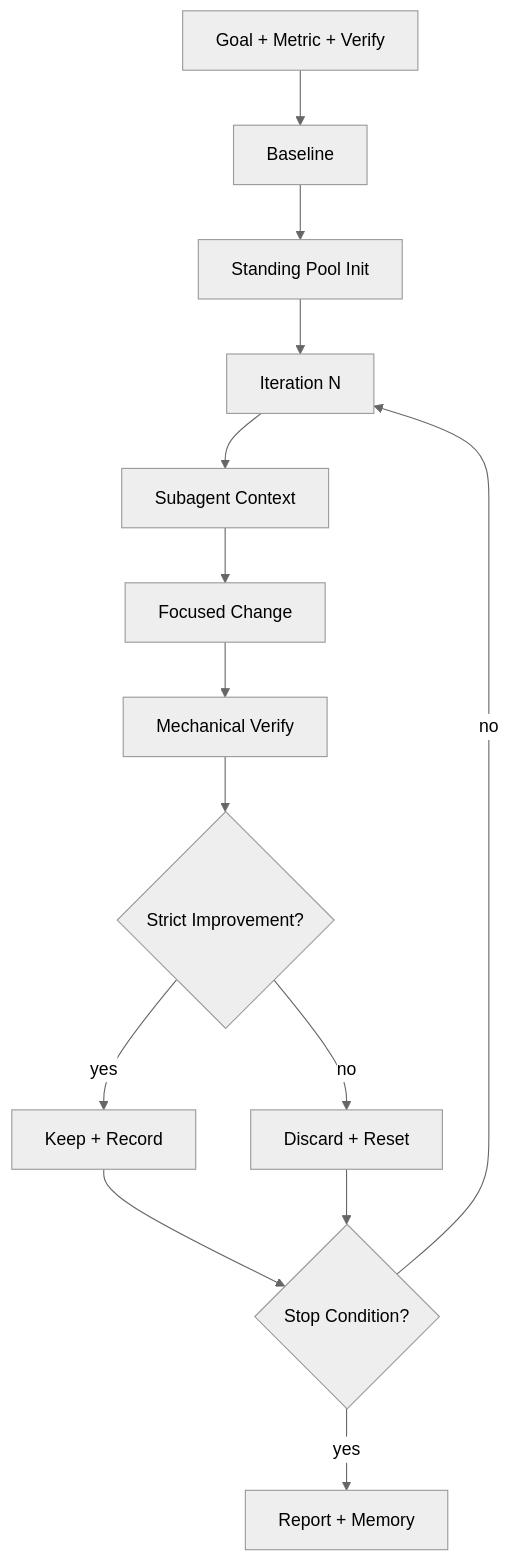
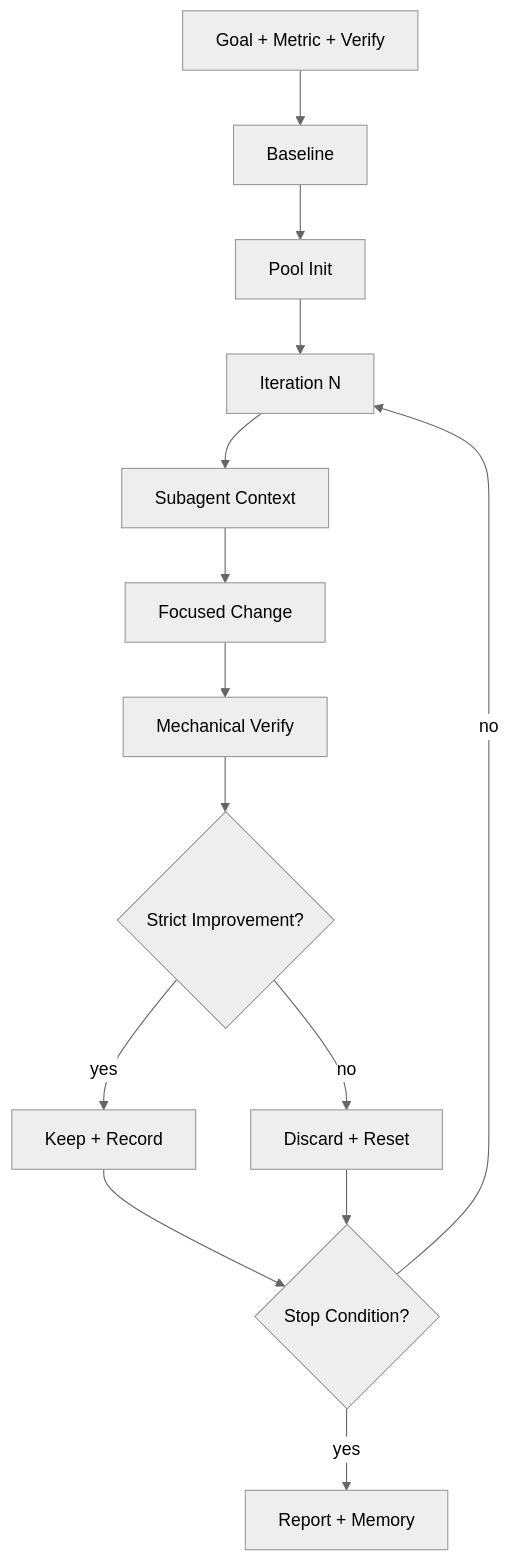
The second of 4 diagrams in README.md (Maleick/AutoResearch), drawn with Mermaid (neutral theme) before and after one commit. The commit also changed other lines of this file and 9 other files, not shown here.

````diff
--- a/README.md
+++ b/README.md
@@ -60,16 +60,16 @@
 ```mermaid
 flowchart TD
     A[Goal + Metric + Verify] --> B[Baseline]
-    B --> C[Standing Pool Init]
+    B --> C[Pool Init]
     C --> D[Iteration N]
     D --> E[Subagent Context]
     E --> F[Focused Change]
     F --> G[Mechanical Verify]
     G --> H{Strict Improvement?}
     H -->|yes| I[Keep + Record]
     H -->|no| J[Discard + Reset]
     I --> K{Stop Condition?}
     J --> K
     K -->|no| D
     K -->|yes| L[Report + Memory]
 ```
````
